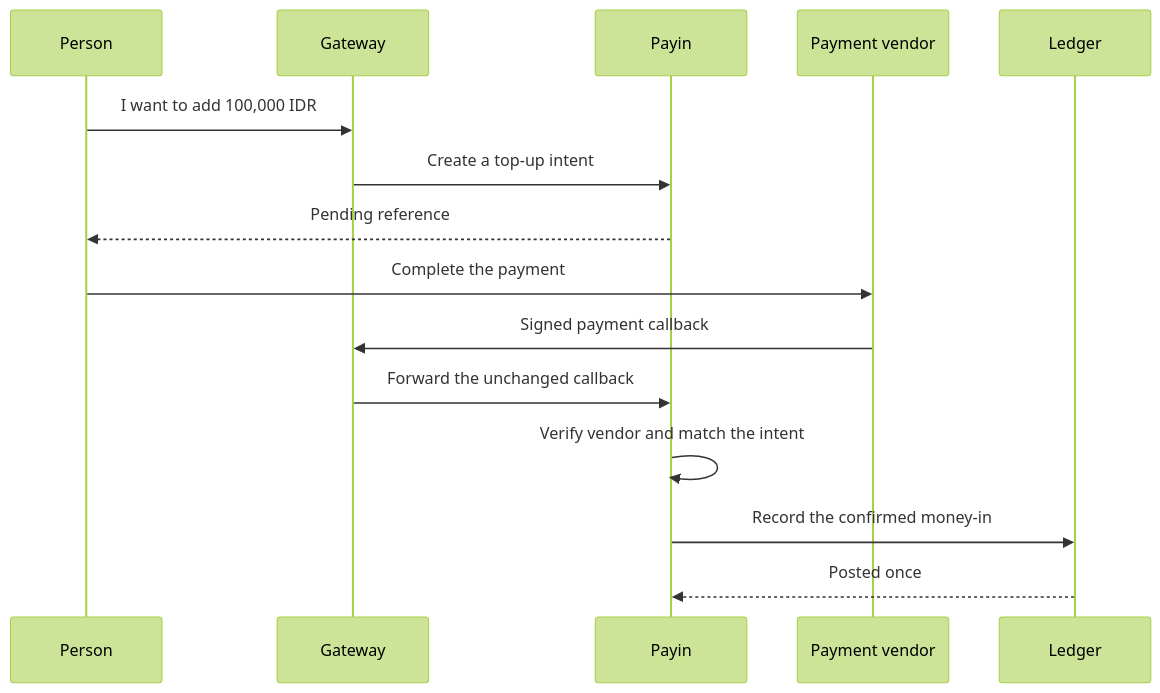
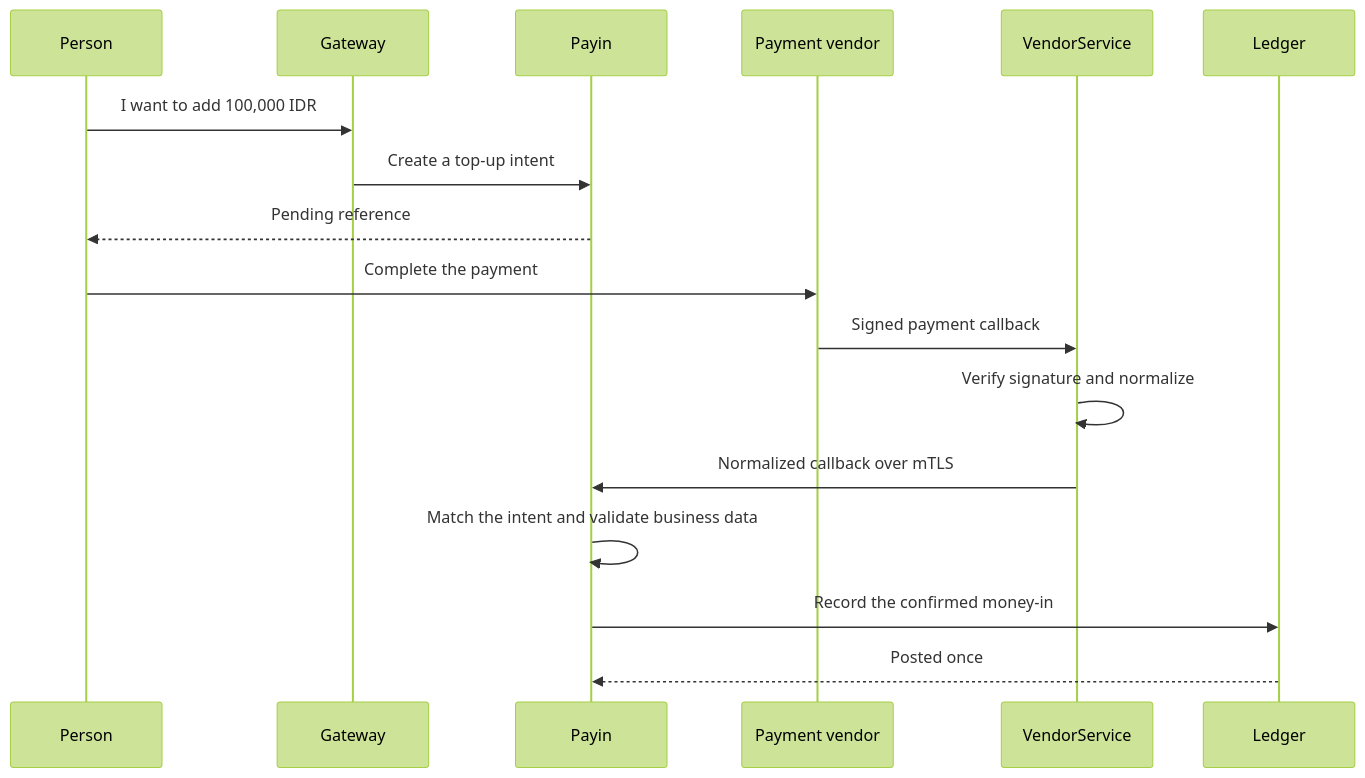
Before and after one commit to herdifirdausss/seev: the third of 4 diagrams in docs/learn/beginner-guide.md, drawn with Mermaid (forest theme). The commit also changed other lines of this file and 234 other files, not shown here.

````diff
--- a/docs/learn/beginner-guide.md
+++ b/docs/learn/beginner-guide.md
@@ -244,17 +248,19 @@
 ```mermaid
 sequenceDiagram
     participant Person
     participant Gateway
     participant Payin
     participant Vendor as Payment vendor
+    participant VendorService
     participant Ledger
     Person->>Gateway: I want to add 100,000 IDR
     Gateway->>Payin: Create a top-up intent
     Payin-->>Person: Pending reference
     Person->>Vendor: Complete the payment
-    Vendor->>Gateway: Signed payment callback
-    Gateway->>Payin: Forward the unchanged callback
-    Payin->>Payin: Verify vendor and match the intent
+    Vendor->>VendorService: Signed payment callback
+    VendorService->>VendorService: Verify signature and normalize
+    VendorService->>Payin: Normalized callback over mTLS
+    Payin->>Payin: Match the intent and validate business data
     Payin->>Ledger: Record the confirmed money-in
     Ledger-->>Payin: Posted once
 ```
````
